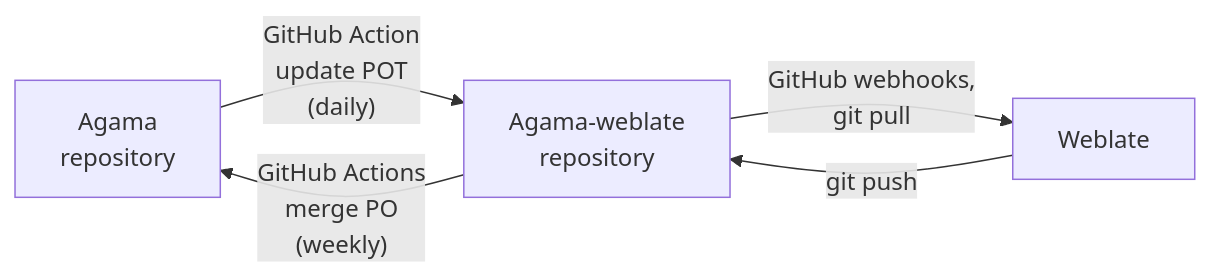
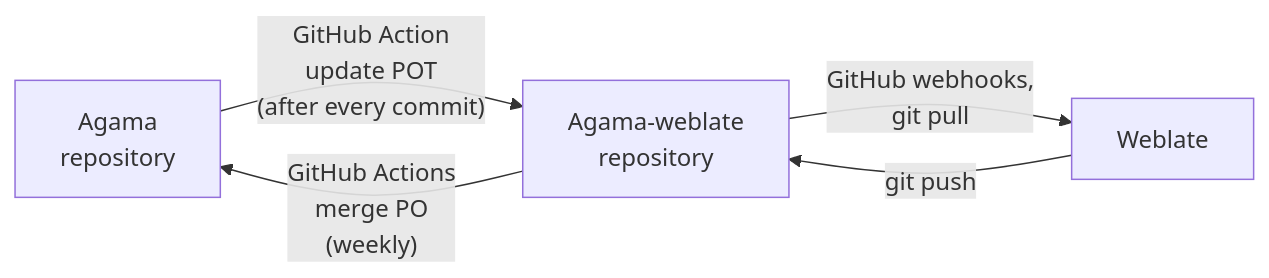
The diagram in docs/devel/i18n.md (agama-project/agama-project.github.io), drawn with Mermaid before and after one commit. The commit also changed other lines of this file, not shown here.

````diff
--- a/docs/devel/i18n.md
+++ b/docs/devel/i18n.md
@@ -68,11 +68,11 @@
 ```mermaid
 flowchart LR
    A[Agama<br>repository]
    AW[Agama-weblate<br>repository]
    W[Weblate]
 
-   A -->|"GitHub Action<br>update POT<br>(daily)"| AW
+   A -->|"GitHub Action<br>update POT<br>(after every commit)"| AW
    AW -->|"GitHub Actions<br>merge PO<br>(weekly)"| A
    AW -->|GitHub webhooks,<br>git pull| W
    W -->|git push| AW
 ```
````
